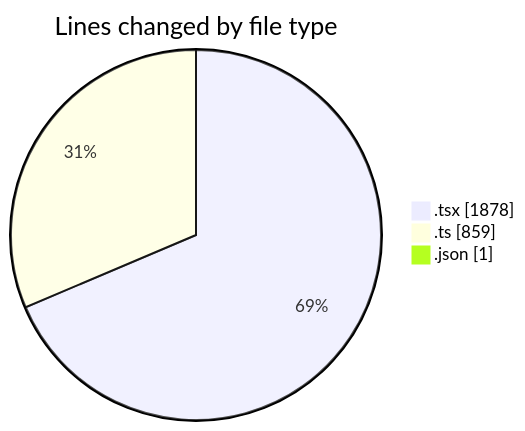
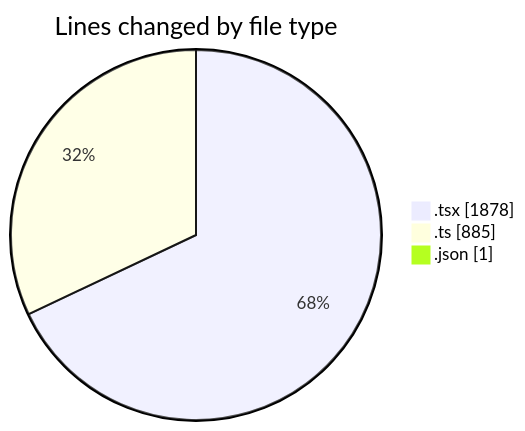
Before and after one commit to julien-gomy/code-tracking: the first of 2 diagrams in 2025-10-08/eventscop-frontend-guide__workspace_/README.md, drawn with Mermaid. The commit also changed other lines of this file and 1 other file, not shown here.

````diff
--- a/2025-10-08/eventscop-frontend-guide__workspace_/README.md
+++ b/2025-10-08/eventscop-frontend-guide__workspace_/README.md
@@ -32,7 +32,7 @@
 ```mermaid
 pie showData
 title Lines changed by file type
 ".tsx" : 1878
-".ts" : 859
+".ts" : 885
 ".json" : 1
 ```
````
